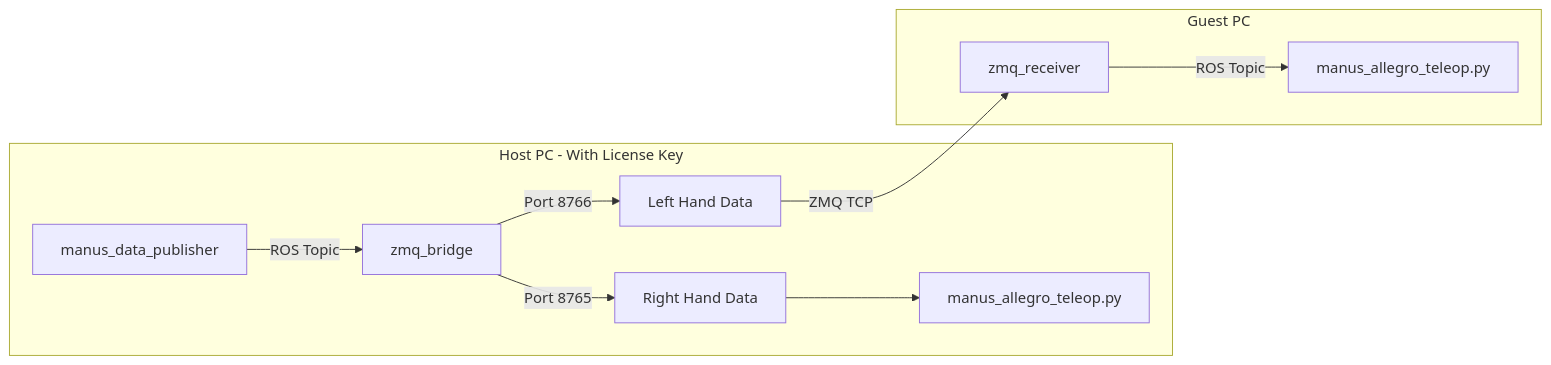
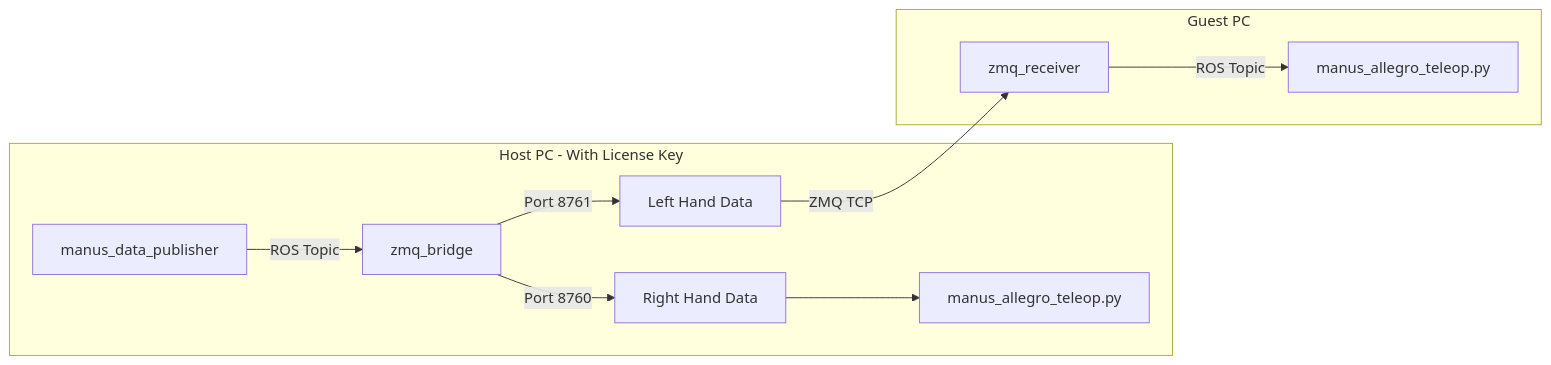
Before and after one commit to GeminiNinth/manus_ros2_transporter: the first of 5 diagrams in README.md, drawn with Mermaid. The commit also changed other lines of this file and 7 other files, not shown here.

````diff
--- a/README.md
+++ b/README.md
@@ -22,15 +22,15 @@
 ```mermaid
 flowchart LR
     subgraph HostPC [Host PC - With License Key]
         MDP[manus_data_publisher] -->|ROS Topic| ZB[zmq_bridge]
-        ZB -->|Port 8765| R[Right Hand Data]
-        ZB -->|Port 8766| L[Left Hand Data]
+        ZB -->|Port 8760| R[Right Hand Data]
+        ZB -->|Port 8761| L[Left Hand Data]
         R --> LocalTeleop[manus_allegro_teleop.py]
     end
     
     subgraph GuestPC [Guest PC]
         ZR[zmq_receiver] -->|ROS Topic| GuestTeleop[manus_allegro_teleop.py]
     end
     
     L -->|ZMQ TCP| ZR
 ```
````
